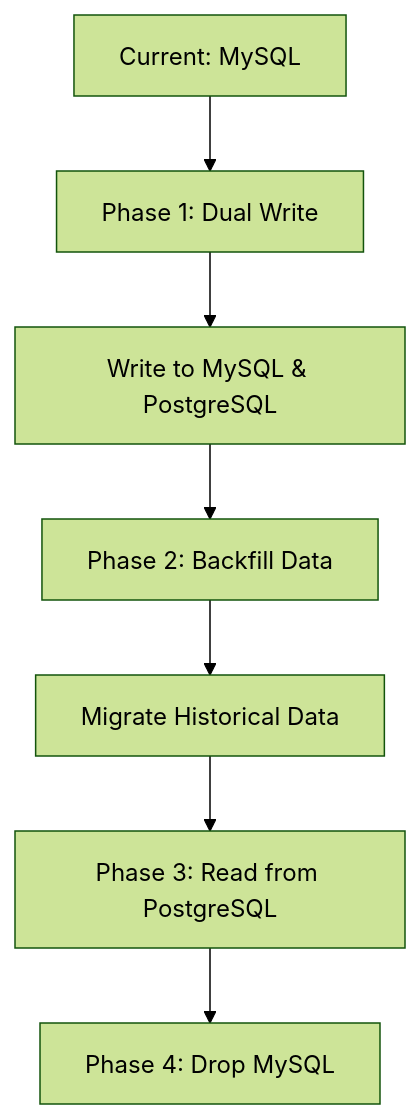
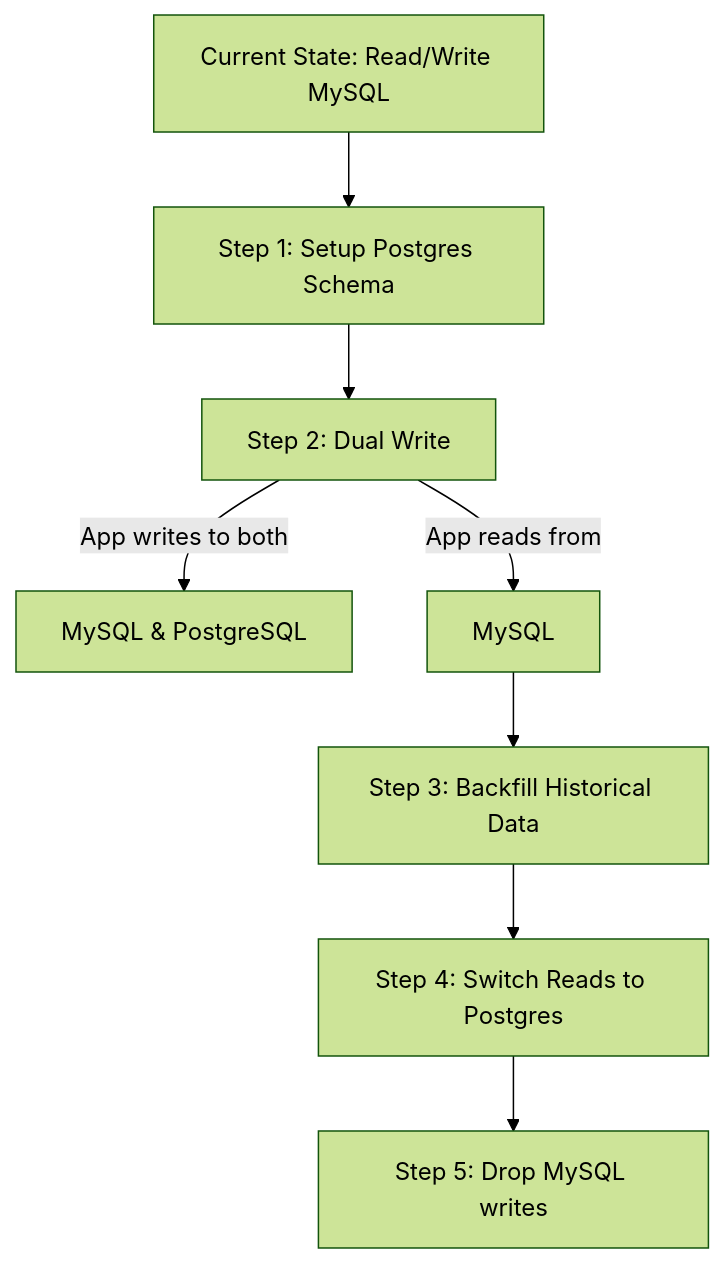
The diagram in Part 11 - Enterprise Case Studies.md (dhanesh-vaishnav96/AIBuilder.md), drawn with Mermaid (forest theme) before and after one commit. The commit also changed other lines of this file and 11 other files, not shown here.

````diff
--- a/Part 11 - Enterprise Case Studies.md
+++ b/Part 11 - Enterprise Case Studies.md
@@ -27,9 +44,10 @@
 ```mermaid
 graph TD
-    A[Current: MySQL] --> B[Phase 1: Dual Write]
-    B --> C[Write to MySQL & PostgreSQL]
-    C --> D[Phase 2: Backfill Data]
-    D --> E[Migrate Historical Data]
-    E --> F[Phase 3: Read from PostgreSQL]
-    F --> G[Phase 4: Drop MySQL]
+    A[Current State: Read/Write MySQL] --> B[Step 1: Setup Postgres Schema]
+    B --> C[Step 2: Dual Write]
+    C -->|App writes to both| D[MySQL & PostgreSQL]
+    C -->|App reads from| E[MySQL]
+    E --> F[Step 3: Backfill Historical Data]
+    F --> G[Step 4: Switch Reads to Postgres]
+    G --> H[Step 5: Drop MySQL writes]
 ```
````
